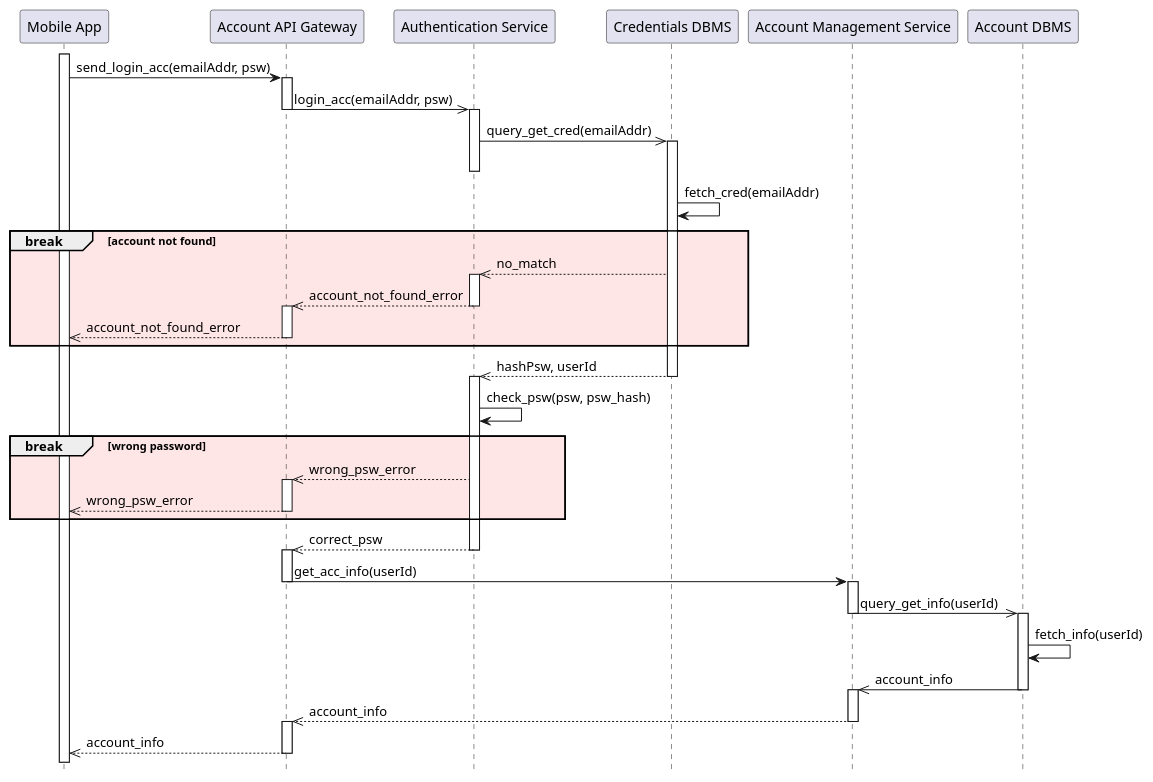
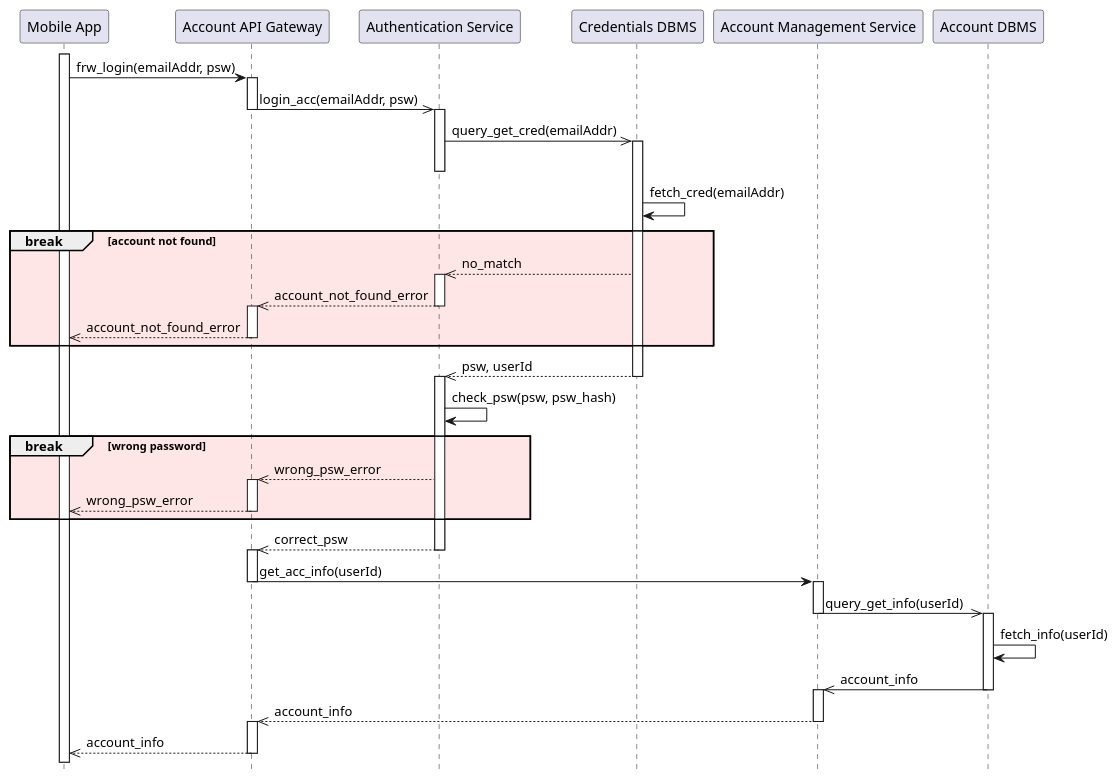
One commit to Guflie/PoliMi-SWE2-RDD-project changed the diagram in diagrams/DD/sequenceDiagram/sd2_login.puml. Above: the diagram before and after it, drawn with PlantUML. The commit also changed 17 other files, not shown here.

```diff
--- a/diagrams/DD/sequenceDiagram/sd2_login.puml
+++ b/diagrams/DD/sequenceDiagram/sd2_login.puml
@@ -1,65 +1,65 @@
 @startuml sd2_login
 ' Refers to UC2
 hide footbox
 
 participant "Mobile App" as app
 participant "Account API Gateway" as aapi
 participant "Authentication Service" as auth
 participant "Credentials DBMS" as dbc
 participant "Account Management Service" as acmngr
 participant "Account DBMS" as dba 
 
 activate app
-app -> aapi : send_login_acc(emailAddr, psw)
+app -> aapi : frw_login(emailAddr, psw)
 activate aapi
 aapi ->> auth : login_acc(emailAddr, psw)
 deactivate aapi
 activate auth
 auth ->> dbc : query_get_cred(emailAddr)
 activate dbc
 deactivate auth
 dbc -> dbc : fetch_cred(emailAddr)
 break #ffe6e6 account not found
     dbc -->> auth : no_match
     activate auth
     auth -->> aapi : account_not_found_error
     deactivate auth
     activate aapi
     aapi -->> app : account_not_found_error
     deactivate aapi
 end
 
-dbc -->> auth : hashPsw, userId
+dbc -->> auth : psw, userId
 deactivate dbc
 activate auth
 auth -> auth : check_psw(psw, psw_hash)
 
 
 break #ffe6e6 wrong password
     auth -->> aapi : wrong_psw_error
     activate aapi
     aapi -->> app : wrong_psw_error
     deactivate aapi
 end
 
 auth -->> aapi : correct_psw
 deactivate auth
 activate aapi
 aapi -> acmngr : get_acc_info(userId)
 deactivate aapi
 activate acmngr
 acmngr ->> dba : query_get_info(userId)
 deactivate acmngr
 activate dba
 dba -> dba : fetch_info(userId)
 dba ->> acmngr : account_info
 deactivate dba
 activate acmngr
 acmngr -->> aapi : account_info
 deactivate acmngr
 activate aapi
 aapi -->> app : account_info
 deactivate aapi
 
 
 @enduml
```
